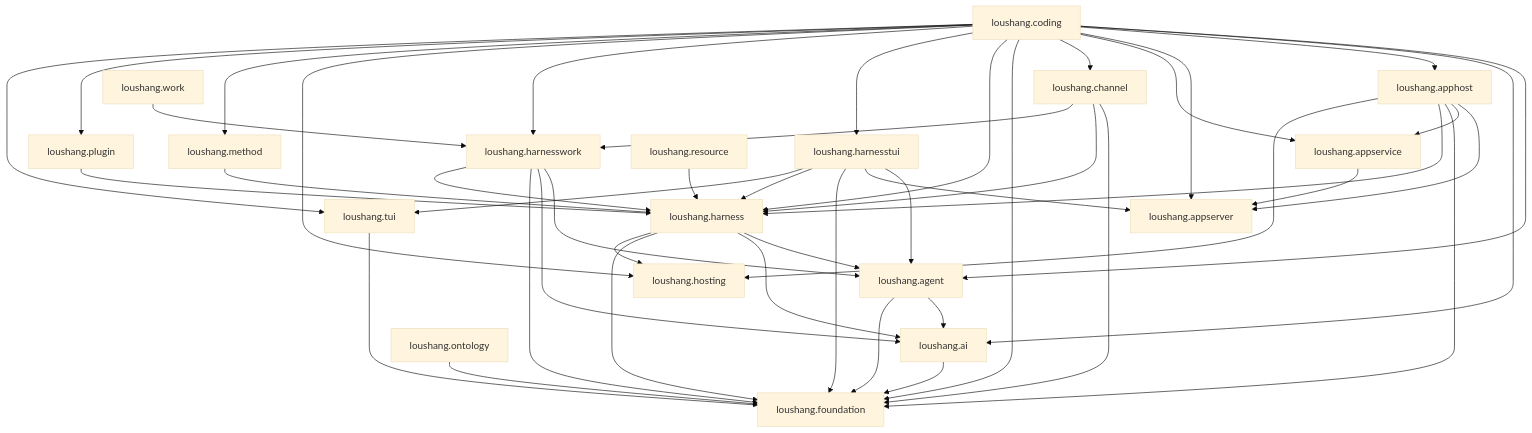
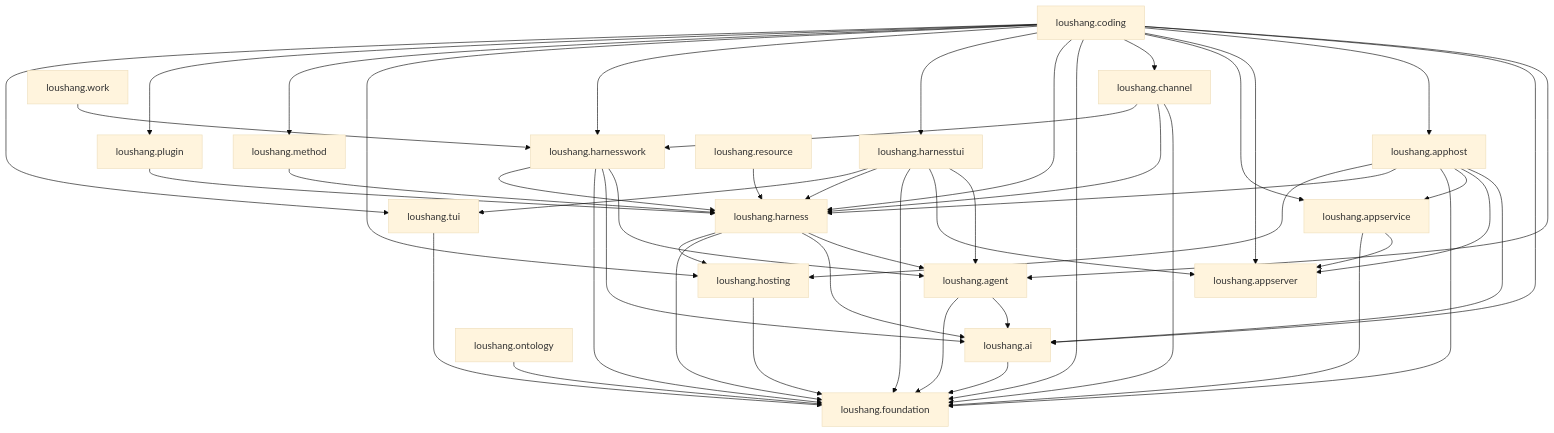
Before and after one commit to zhnt/loushang: the diagram in docs/internals/architecture/generated/current-package-dependencies.md, drawn with Mermaid (base theme). The commit also changed other lines of this file and 534 other files, not shown here.

````diff
--- a/docs/internals/architecture/generated/current-package-dependencies.md
+++ b/docs/internals/architecture/generated/current-package-dependencies.md
@@ -27,67 +27,70 @@
 ```mermaid
 graph TD
     PKG_AGENT["loushang.agent"]
     PKG_AI["loushang.ai"]
     PKG_APPHOST["loushang.apphost"]
     PKG_APPSERVER["loushang.appserver"]
     PKG_APPSERVICE["loushang.appservice"]
     PKG_CHANNEL["loushang.channel"]
     PKG_CODING["loushang.coding"]
     PKG_FOUNDATION["loushang.foundation"]
     PKG_HARNESS["loushang.harness"]
     PKG_HARNESSTUI["loushang.harnesstui"]
     PKG_HARNESSWORK["loushang.harnesswork"]
     PKG_HOSTING["loushang.hosting"]
     PKG_METHOD["loushang.method"]
     PKG_ONTOLOGY["loushang.ontology"]
     PKG_PLUGIN["loushang.plugin"]
     PKG_RESOURCE["loushang.resource"]
     PKG_TUI["loushang.tui"]
     PKG_WORK["loushang.work"]
 
     PKG_AGENT --> PKG_AI
     PKG_AGENT --> PKG_FOUNDATION
     PKG_AI --> PKG_FOUNDATION
+    PKG_APPHOST --> PKG_AI
     PKG_APPHOST --> PKG_APPSERVER
     PKG_APPHOST --> PKG_APPSERVICE
     PKG_APPHOST --> PKG_FOUNDATION
     PKG_APPHOST --> PKG_HARNESS
     PKG_APPHOST --> PKG_HOSTING
     PKG_APPSERVICE --> PKG_APPSERVER
+    PKG_APPSERVICE --> PKG_FOUNDATION
     PKG_CHANNEL --> PKG_FOUNDATION
     PKG_CHANNEL --> PKG_HARNESS
     PKG_CHANNEL --> PKG_HARNESSWORK
     PKG_CODING --> PKG_AGENT
     PKG_CODING --> PKG_AI
     PKG_CODING --> PKG_APPHOST
     PKG_CODING --> PKG_APPSERVER
     PKG_CODING --> PKG_APPSERVICE
     PKG_CODING --> PKG_CHANNEL
     PKG_CODING --> PKG_FOUNDATION
     PKG_CODING --> PKG_HARNESS
     PKG_CODING --> PKG_HARNESSTUI
     PKG_CODING --> PKG_HARNESSWORK
     PKG_CODING --> PKG_HOSTING
     PKG_CODING --> PKG_METHOD
     PKG_CODING --> PKG_PLUGIN
     PKG_CODING --> PKG_TUI
     PKG_HARNESS --> PKG_AGENT
     PKG_HARNESS --> PKG_AI
     PKG_HARNESS --> PKG_FOUNDATION
     PKG_HARNESS --> PKG_HOSTING
     PKG_HARNESSTUI --> PKG_AGENT
     PKG_HARNESSTUI --> PKG_APPSERVER
     PKG_HARNESSTUI --> PKG_FOUNDATION
     PKG_HARNESSTUI --> PKG_HARNESS
     PKG_HARNESSTUI --> PKG_TUI
     PKG_HARNESSWORK --> PKG_AGENT
     PKG_HARNESSWORK --> PKG_AI
     PKG_HARNESSWORK --> PKG_FOUNDATION
     PKG_HARNESSWORK --> PKG_HARNESS
+    PKG_HOSTING --> PKG_FOUNDATION
     PKG_METHOD --> PKG_HARNESS
     PKG_ONTOLOGY --> PKG_FOUNDATION
     PKG_PLUGIN --> PKG_HARNESS
     PKG_RESOURCE --> PKG_HARNESS
     PKG_TUI --> PKG_FOUNDATION
     PKG_WORK --> PKG_HARNESSWORK
 ```
````
